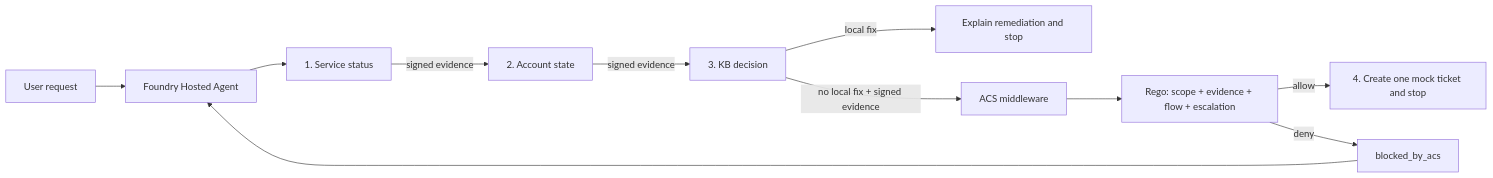
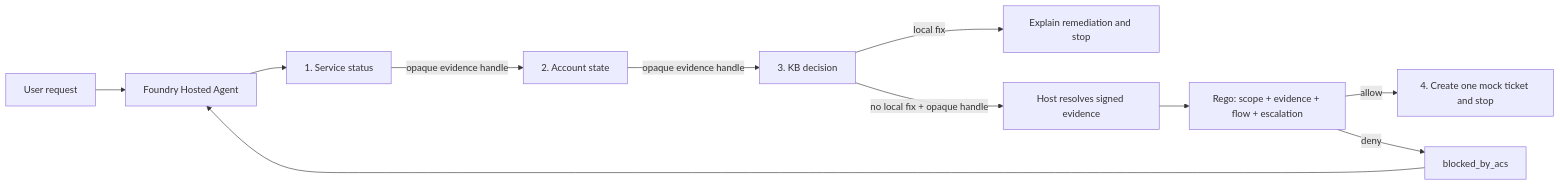
Before and after one commit to placerda/safe-agent-on-foundry: the diagram in README.md, drawn with Mermaid. The commit also changed other lines of this file and 799 other files, not shown here.

````diff
--- a/README.md
+++ b/README.md
@@ -40,13 +40,13 @@
 ```mermaid
 flowchart LR
     U[User request] --> H[Foundry Hosted Agent]
     H --> S[1. Service status]
-    S -->|signed evidence| A[2. Account state]
-    A -->|signed evidence| K[3. KB decision]
+    S -->|opaque evidence handle| A[2. Account state]
+    A -->|opaque evidence handle| K[3. KB decision]
     K -->|local fix| R[Explain remediation and stop]
-    K -->|no local fix + signed evidence| M[ACS middleware]
+    K -->|no local fix + opaque handle| M[Host resolves signed evidence]
     M --> P[Rego: scope + evidence + flow + escalation]
     P -->|allow| T[4. Create one mock ticket and stop]
     P -->|deny| B[blocked_by_acs]
     B --> H
 ```
````
